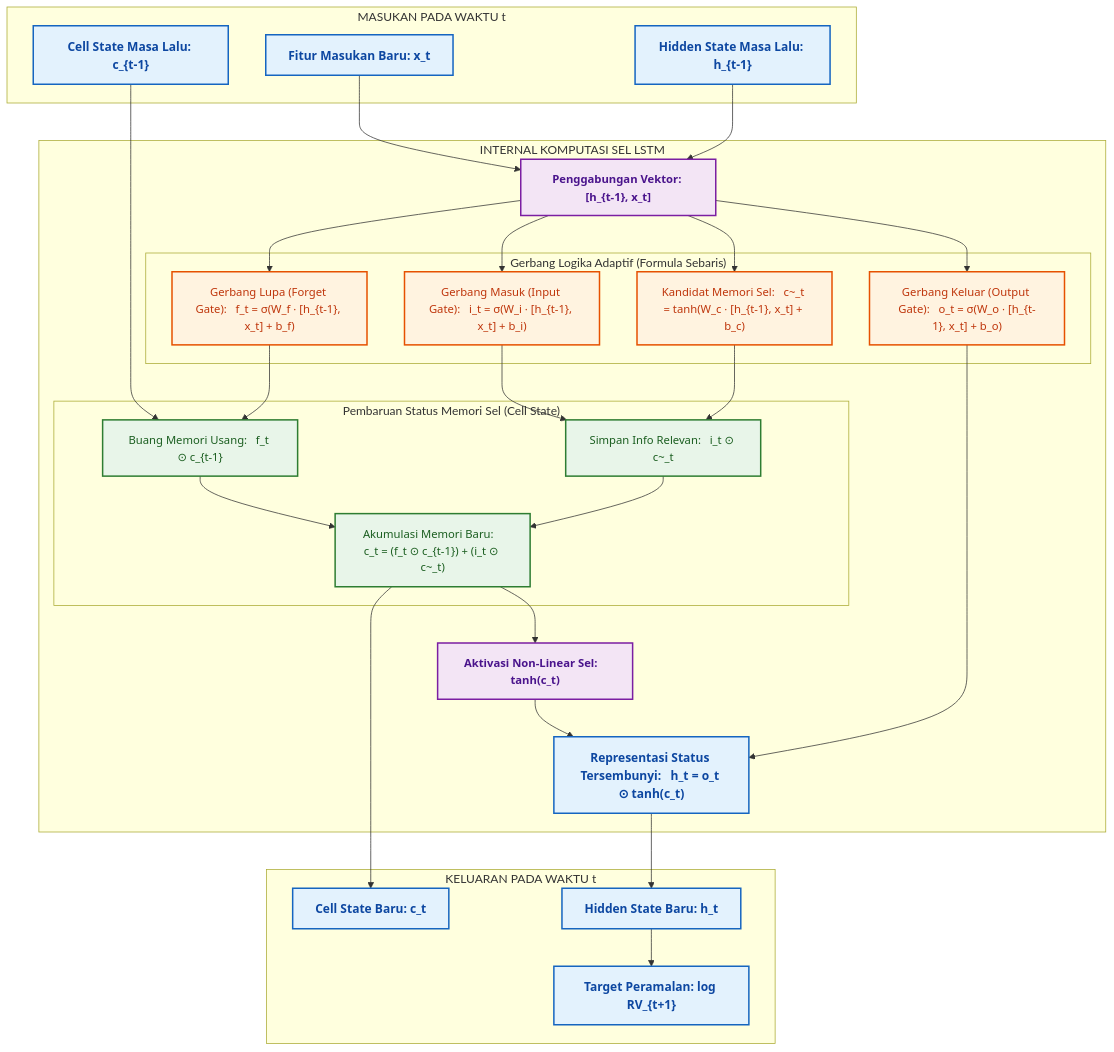
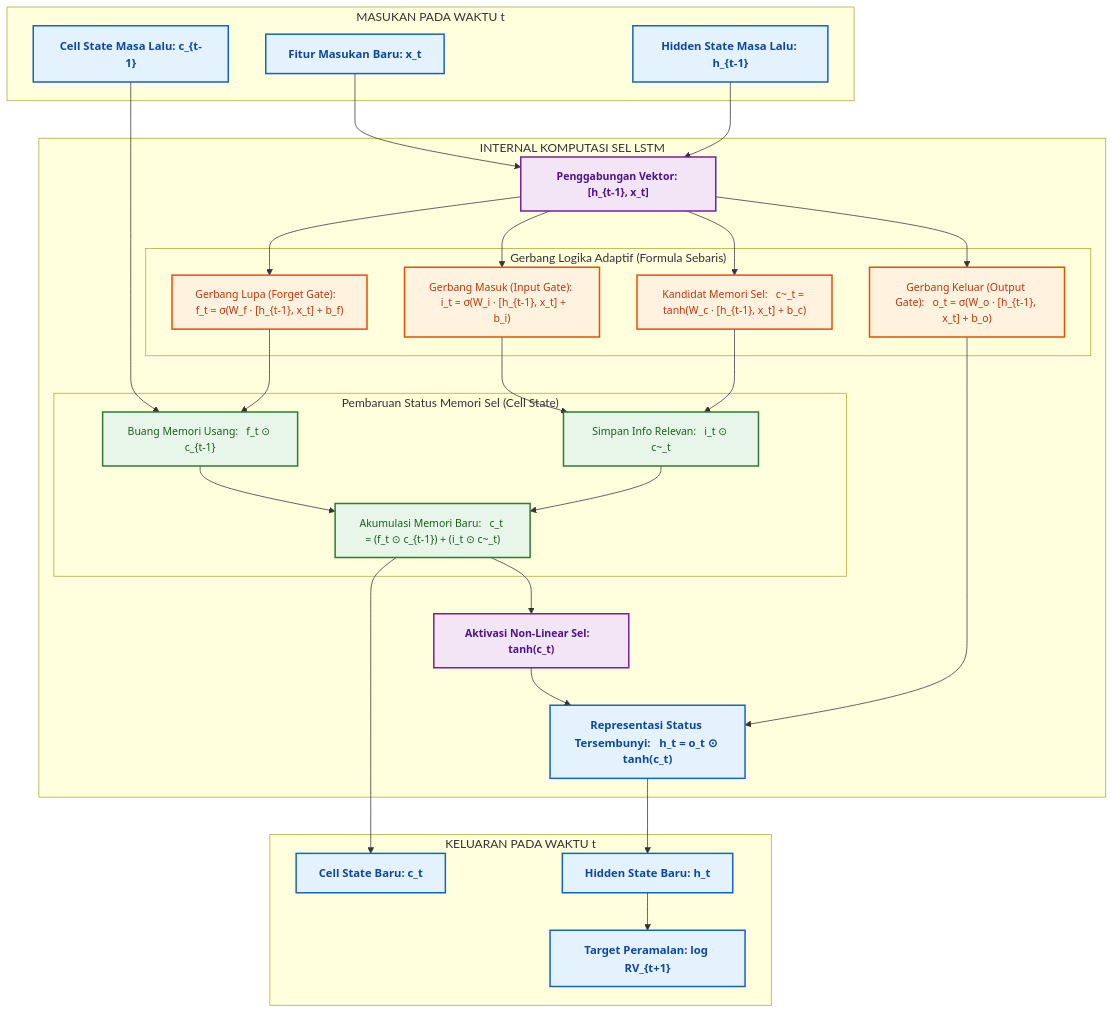
Before and after one commit to zeen-lien/OptimasiBTC: the first of 3 diagrams in 03_Naskah_Skripsi/study2/figures/KODE_DIAGRAM_DRAWIO.md, drawn with Mermaid. The commit also changed other lines of this file, not shown here.

Commit message:
docs(figures): perbarui kode Mermaid Gambar 2.2 dan 3.1 sesuai naskah audit v8 untuk import draw.io

````diff
--- a/03_Naskah_Skripsi/study2/figures/KODE_DIAGRAM_DRAWIO.md
+++ b/03_Naskah_Skripsi/study2/figures/KODE_DIAGRAM_DRAWIO.md
@@ -39,67 +27,65 @@
 ```mermaid
 graph TD
-    %% Styling Global: Font Jelas, Kotak Lebar, Teks Sebaris
-    classDef default font-family:'Segoe UI',Helvetica,Arial,sans-serif,font-size:15px,color:#111,stroke-width:2px;
-    classDef inout fill:#E3F2FD,stroke:#1565C0,color:#0D47A1,font-size:16px,font-weight:bold;
-    classDef gate fill:#FFF3E0,stroke:#E65100,color:#BF360C,font-size:15px;
-    classDef state fill:#E8F5E9,stroke:#2E7D32,color:#1B5E20,font-size:15px;
-    classDef op fill:#F3E5F5,stroke:#7B1FA2,color:#4A148C,font-size:15px,font-weight:bold;
+    classDef default font-family:'Segoe UI',Helvetica,Arial,sans-serif,font-size:14px,color:#111,stroke-width:2px;
+    classDef inout fill:#E3F2FD,stroke:#1565C0,color:#0D47A1,font-size:15px,font-weight:bold;
+    classDef gate fill:#FFF3E0,stroke:#E65100,color:#BF360C,font-size:14px;
+    classDef state fill:#E8F5E9,stroke:#2E7D32,color:#1B5E20,font-size:14px;
+    classDef op fill:#F3E5F5,stroke:#7B1FA2,color:#4A148C,font-size:14px,font-weight:bold;
 
     subgraph Inputs ["MASUKAN PADA WAKTU t"]
         xt["Fitur Masukan Baru: x_t"]:::inout
         ht1["Hidden State Masa Lalu: h_{t-1}"]:::inout
         ct1["Cell State Masa Lalu: c_{t-1}"]:::inout
     end
 
     subgraph Sel_LSTM ["INTERNAL KOMPUTASI SEL LSTM"]
         concat["Penggabungan Vektor: [h_{t-1}, x_t]"]:::op
 
         subgraph Gerbang_Logika ["Gerbang Logika Adaptif (Formula Sebaris)"]
             fg["Gerbang Lupa (Forget Gate): &nbsp; f_t = σ(W_f · [h_{t-1}, x_t] + b_f)"]:::gate
             ig["Gerbang Masuk (Input Gate): &nbsp; i_t = σ(W_i · [h_{t-1}, x_t] + b_i)"]:::gate
             cg["Kandidat Memori Sel: &nbsp; c~_t = tanh(W_c · [h_{t-1}, x_t] + b_c)"]:::gate
             og["Gerbang Keluar (Output Gate): &nbsp; o_t = σ(W_o · [h_{t-1}, x_t] + b_o)"]:::gate
         end
 
         subgraph Memori_Jangka_Panjang ["Pembaruan Status Memori Sel (Cell State)"]
             mulf["Buang Memori Usang: &nbsp; f_t ⊙ c_{t-1}"]:::state
             muli["Simpan Info Relevan: &nbsp; i_t ⊙ c~_t"]:::state
             addc["Akumulasi Memori Baru: &nbsp; c_t = (f_t ⊙ c_{t-1}) + (i_t ⊙ c~_t)"]:::state
         end
 
         tanhc["Aktivasi Non-Linear Sel: &nbsp; tanh(c_t)"]:::op
         calc_h["Representasi Status Tersembunyi: &nbsp; h_t = o_t ⊙ tanh(c_t)"]:::inout
     end
 
     subgraph Outputs ["KELUARAN PADA WAKTU t"]
         ct_out["Cell State Baru: c_t"]:::inout
         ht_out["Hidden State Baru: h_t"]:::inout
         pred["Target Peramalan: log RV_{t+1}"]:::inout
     end
 
-    %% Relasi Aliran Data
     xt --> concat
     ht1 --> concat
 
     concat --> fg
     concat --> ig
     concat --> cg
     concat --> og
 
     ct1 --> mulf
     fg --> mulf
     mulf --> addc
 
     ig --> muli
     cg --> muli
     muli --> addc
 
     addc --> ct_out
     addc --> tanhc
 
     tanhc --> calc_h
     og --> calc_h
 
     calc_h --> ht_out
     ht_out --> pred
 ```
````
